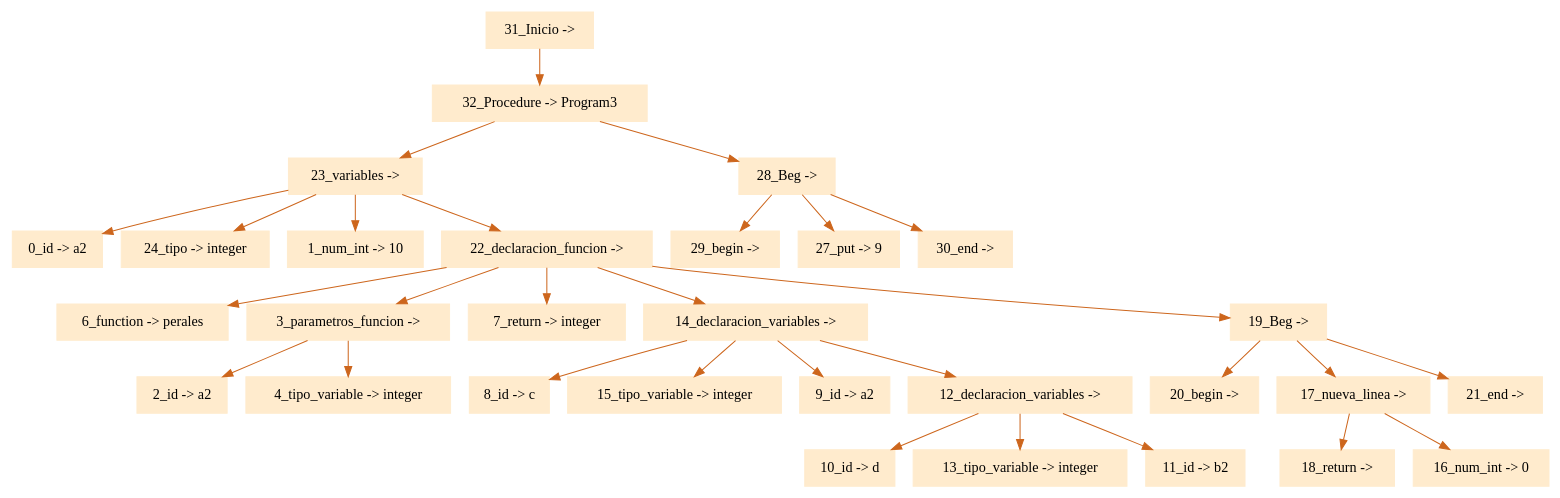
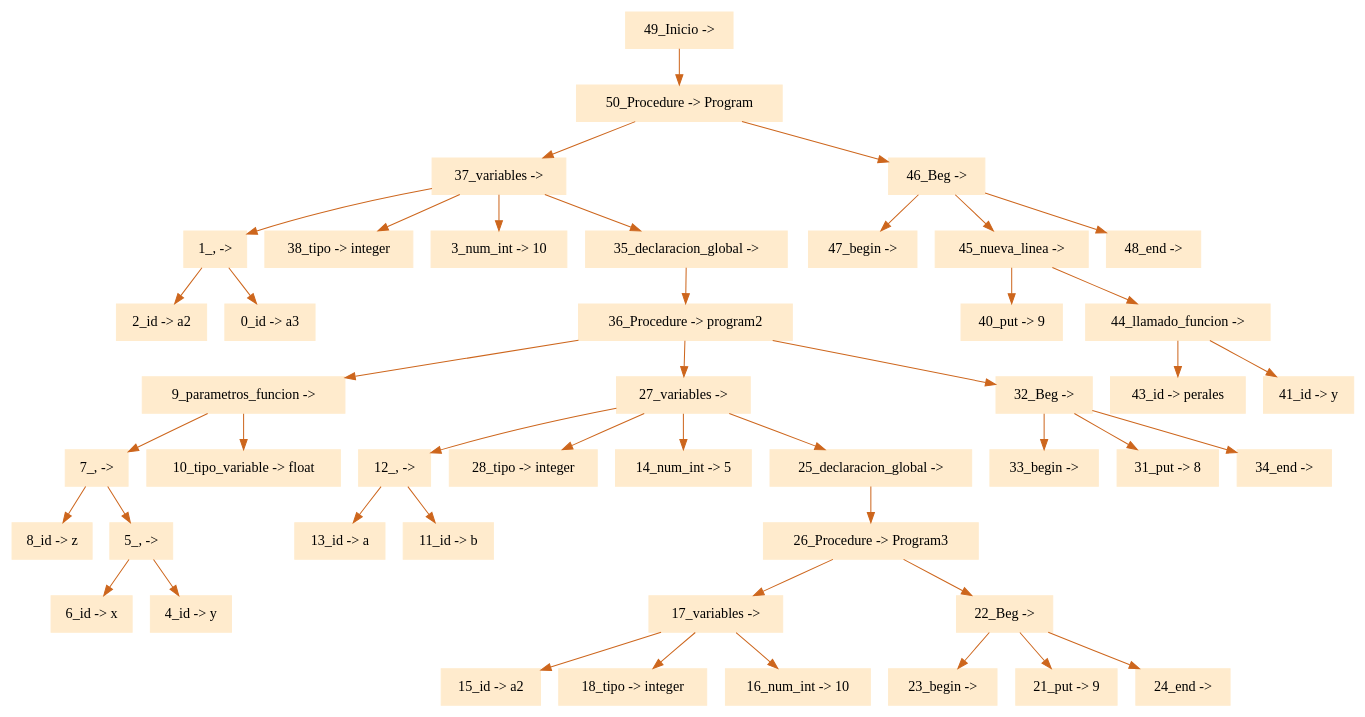
One commit to eliasgz97/Proyecto_Compiladores changed the diagram in ProyectoCompiladores/arbol.dot. Above: the diagram before and after it, drawn with Graphviz. The commit also changed 2 other files, not shown here.

```diff
--- a/ProyectoCompiladores/arbol.dot
+++ b/ProyectoCompiladores/arbol.dot
@@ -1,34 +1,49 @@
 digraph G {node[shape=box, style=filled, color=blanchedalmond]; edge[color=chocolate3];rankdir=UD 
 
-"31_Inicio -> "->"32_Procedure -> Program3"
-"32_Procedure -> Program3"->"23_variables -> "
-"23_variables -> "->"0_id -> a2"
-"23_variables -> "->"24_tipo -> integer"
-"23_variables -> "->"1_num_int -> 10"
-"23_variables -> "->"22_declaracion_funcion -> "
-"22_declaracion_funcion -> "->"6_function -> perales"
-"22_declaracion_funcion -> "->"3_parametros_funcion -> "
-"3_parametros_funcion -> "->"2_id -> a2"
-"3_parametros_funcion -> "->"4_tipo_variable -> integer"
-"22_declaracion_funcion -> "->"7_return -> integer"
-"22_declaracion_funcion -> "->"14_declaracion_variables -> "
-"14_declaracion_variables -> "->"8_id -> c"
-"14_declaracion_variables -> "->"15_tipo_variable -> integer"
-"14_declaracion_variables -> "->"9_id -> a2"
-"14_declaracion_variables -> "->"12_declaracion_variables -> "
-"12_declaracion_variables -> "->"10_id -> d"
-"12_declaracion_variables -> "->"13_tipo_variable -> integer"
-"12_declaracion_variables -> "->"11_id -> b2"
-"22_declaracion_funcion -> "->"19_Beg -> "
-"19_Beg -> "->"20_begin -> "
-"19_Beg -> "->"17_nueva_linea -> "
-"17_nueva_linea -> "->"18_return -> "
-"17_nueva_linea -> "->"16_num_int -> 0"
-"19_Beg -> "->"21_end -> "
-"32_Procedure -> Program3"->"28_Beg -> "
-"28_Beg -> "->"29_begin -> "
-"28_Beg -> "->"27_put -> 9"
-"28_Beg -> "->"30_end -> "
+"49_Inicio -> "->"50_Procedure -> Program"
+"50_Procedure -> Program"->"37_variables -> "
+"37_variables -> "->"1_, -> "
+"1_, -> "->"2_id -> a2"
+"1_, -> "->"0_id -> a3"
+"37_variables -> "->"38_tipo -> integer"
+"37_variables -> "->"3_num_int -> 10"
+"37_variables -> "->"35_declaracion_global -> "
+"35_declaracion_global -> "->"36_Procedure -> program2"
+"36_Procedure -> program2"->"9_parametros_funcion -> "
+"9_parametros_funcion -> "->"7_, -> "
+"7_, -> "->"8_id -> z"
+"7_, -> "->"5_, -> "
+"5_, -> "->"6_id -> x"
+"5_, -> "->"4_id -> y"
+"9_parametros_funcion -> "->"10_tipo_variable -> float"
+"36_Procedure -> program2"->"27_variables -> "
+"27_variables -> "->"12_, -> "
+"12_, -> "->"13_id -> a"
+"12_, -> "->"11_id -> b"
+"27_variables -> "->"28_tipo -> integer"
+"27_variables -> "->"14_num_int -> 5"
+"27_variables -> "->"25_declaracion_global -> "
+"25_declaracion_global -> "->"26_Procedure -> Program3"
+"26_Procedure -> Program3"->"17_variables -> "
+"17_variables -> "->"15_id -> a2"
+"17_variables -> "->"18_tipo -> integer"
+"17_variables -> "->"16_num_int -> 10"
+"26_Procedure -> Program3"->"22_Beg -> "
+"22_Beg -> "->"23_begin -> "
+"22_Beg -> "->"21_put -> 9"
+"22_Beg -> "->"24_end -> "
+"36_Procedure -> program2"->"32_Beg -> "
+"32_Beg -> "->"33_begin -> "
+"32_Beg -> "->"31_put -> 8"
+"32_Beg -> "->"34_end -> "
+"50_Procedure -> Program"->"46_Beg -> "
+"46_Beg -> "->"47_begin -> "
+"46_Beg -> "->"45_nueva_linea -> "
+"45_nueva_linea -> "->"40_put -> 9"
+"45_nueva_linea -> "->"44_llamado_funcion -> "
+"44_llamado_funcion -> "->"43_id -> perales"
+"44_llamado_funcion -> "->"41_id -> y"
+"46_Beg -> "->"48_end -> "
 
 
 }
```
